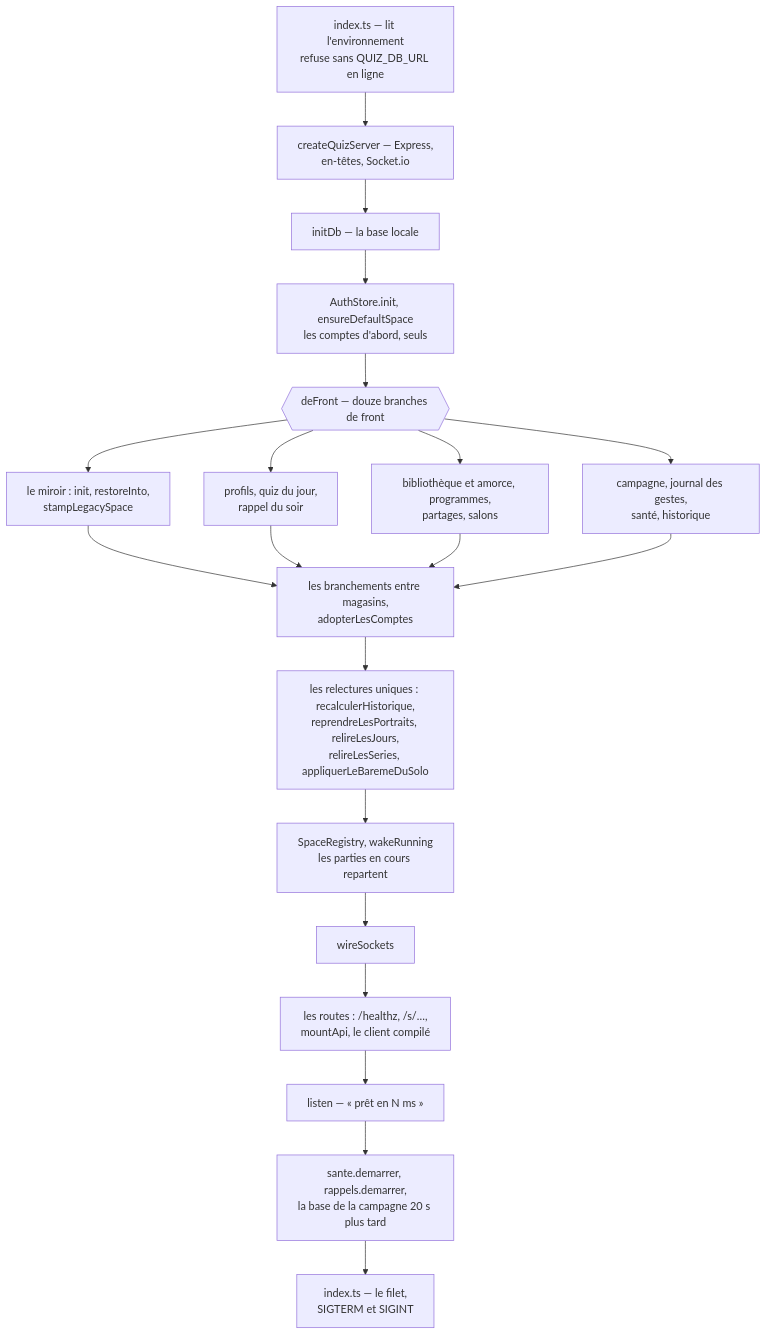
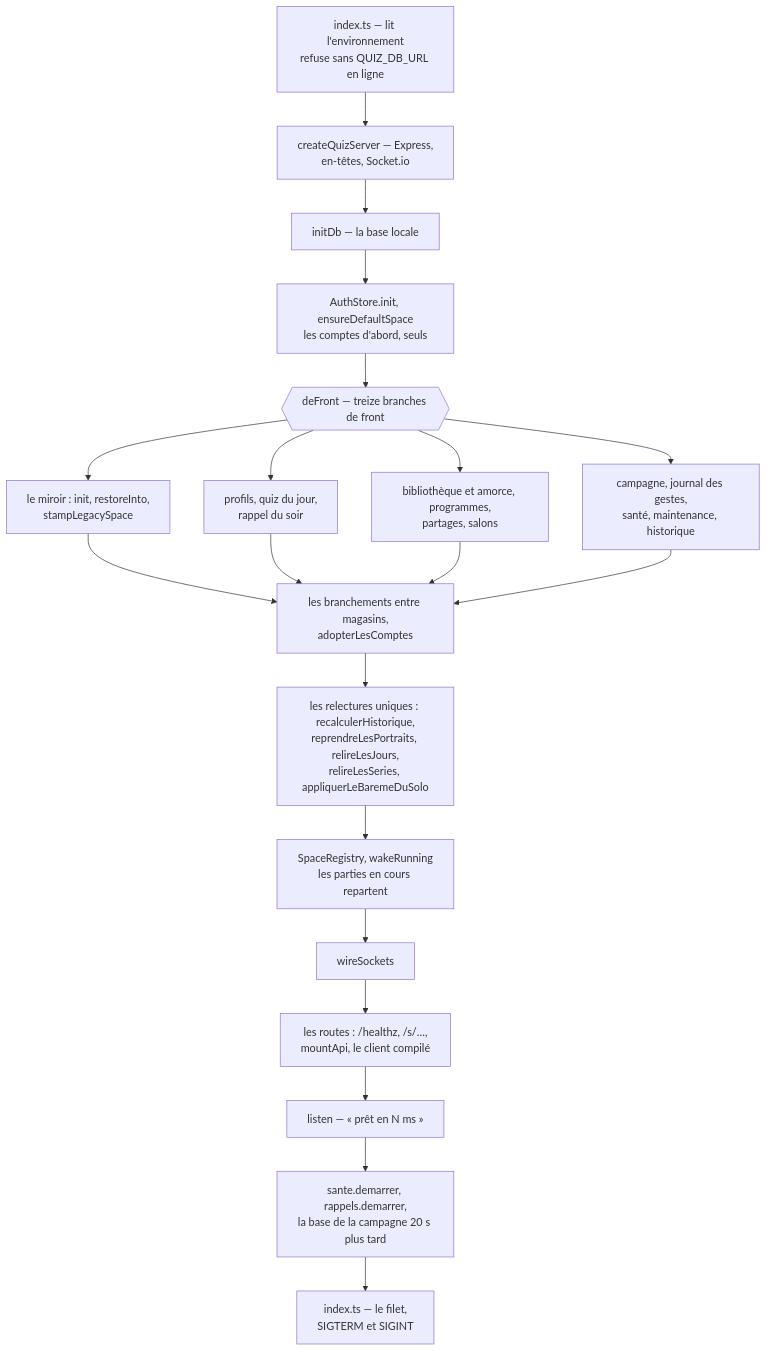
Before and after one commit to Maxilyas/FiestApp: the first of 2 diagrams in docs/architecture/serveur.md, drawn with Mermaid. The commit also changed other lines of this file and 39 other files, not shown here.

````diff
--- a/docs/architecture/serveur.md
+++ b/docs/architecture/serveur.md
@@ -31,19 +31,19 @@
 ```mermaid
 flowchart TD
   IDX["index.ts — lit l'environnement<br/>refuse sans QUIZ_DB_URL en ligne"] --> CQS["createQuizServer — Express,<br/>en-têtes, Socket.io"]
   CQS --> LOC["initDb — la base locale"]
   LOC --> AUTH["AuthStore.init, ensureDefaultSpace<br/>les comptes d'abord, seuls"]
-  AUTH --> FRONT{{"deFront — douze branches de front"}}
+  AUTH --> FRONT{{"deFront — treize branches de front"}}
   FRONT --> B1["le miroir : init, restoreInto,<br/>stampLegacySpace"]
   FRONT --> B2["profils, quiz du jour,<br/>rappel du soir"]
   FRONT --> B3["bibliothèque et amorce, programmes,<br/>partages, salons"]
-  FRONT --> B4["campagne, journal des gestes,<br/>santé, historique"]
+  FRONT --> B4["campagne, journal des gestes,<br/>santé, maintenance, historique"]
   B1 & B2 & B3 & B4 --> LIENS["les branchements entre magasins,<br/>adopterLesComptes"]
   LIENS --> RELU["les relectures uniques : recalculerHistorique,<br/>reprendreLesPortraits, relireLesJours,<br/>relireLesSeries, appliquerLeBaremeDuSolo"]
   RELU --> SALLE["SpaceRegistry, wakeRunning<br/>les parties en cours repartent"]
   SALLE --> SOCK["wireSockets"]
   SOCK --> ROUTES["les routes : /healthz, /s/…,<br/>mountApi, le client compilé"]
   ROUTES --> LISTEN["listen — « prêt en N ms »"]
   LISTEN --> APRES["sante.demarrer, rappels.demarrer,<br/>la base de la campagne 20 s plus tard"]
   APRES --> FILET["index.ts — le filet,<br/>SIGTERM et SIGINT"]
 ```
````
